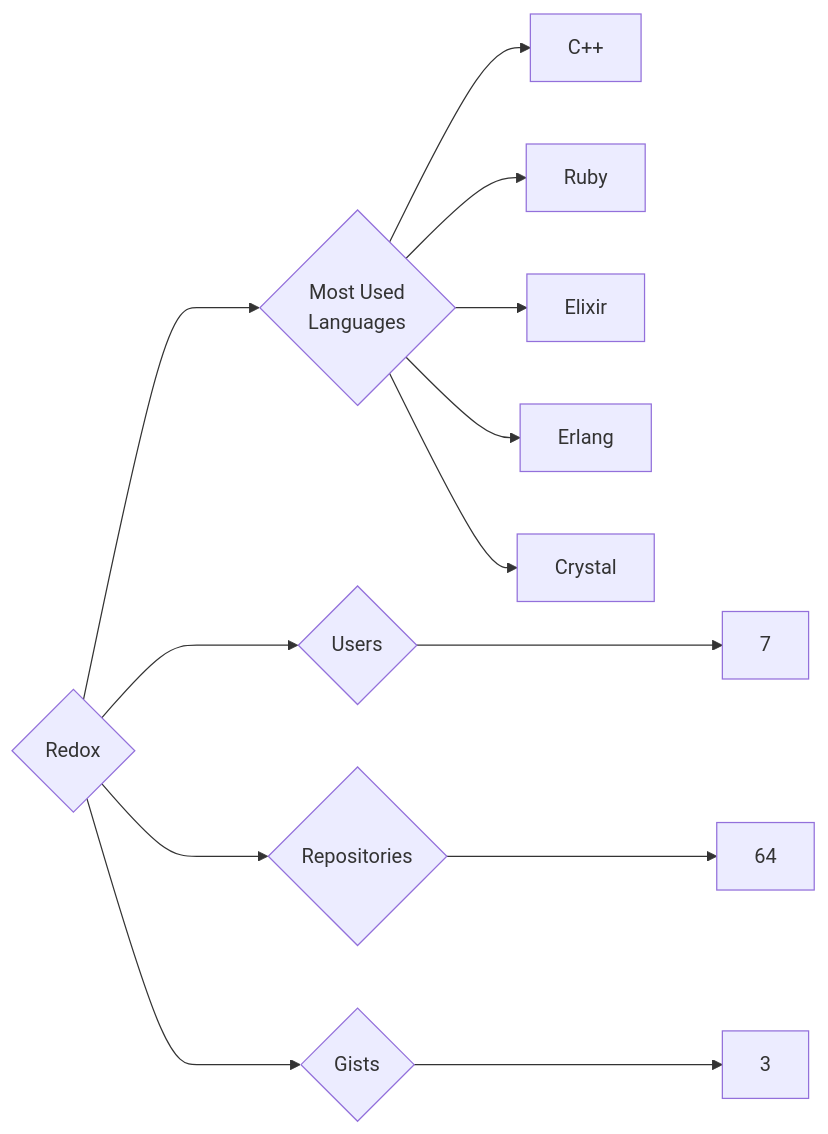
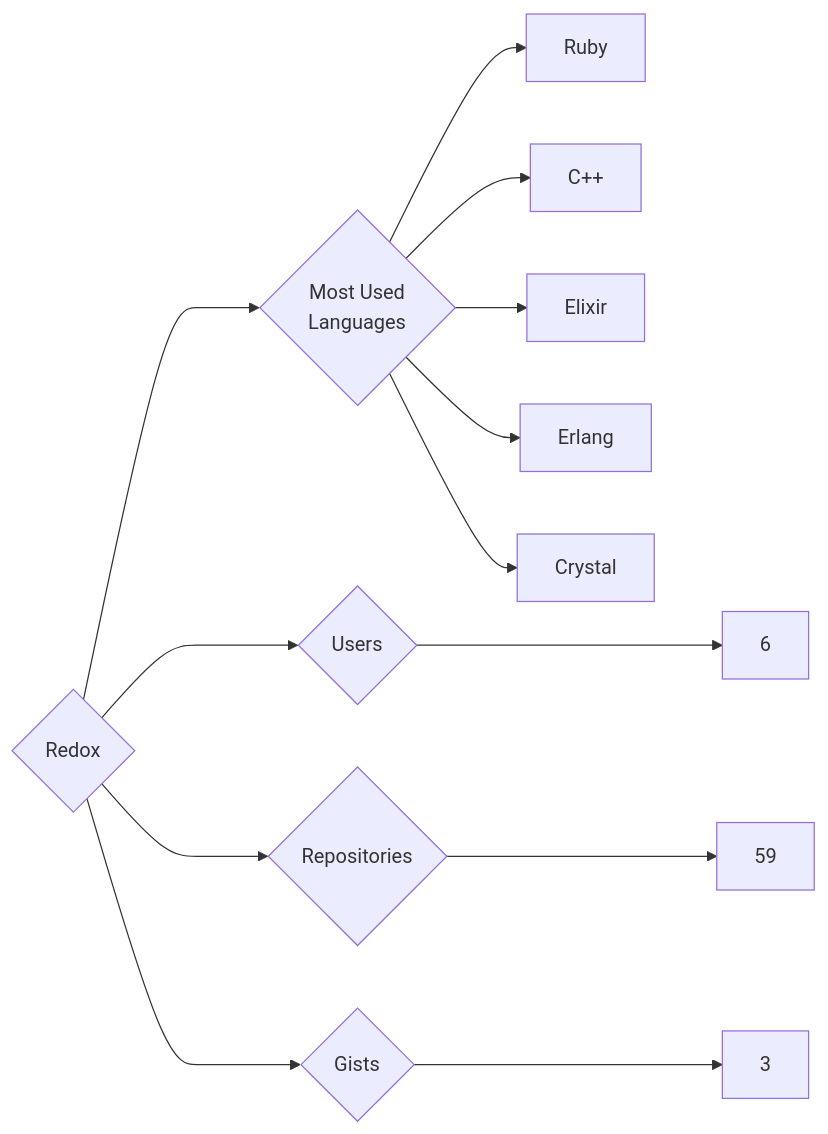
One commit to trickest/insiders changed the diagram in targets/Redox/README.md. Above: the diagram before and after it, drawn with Mermaid. The commit also changed 1484 other files, not shown here.

````diff
--- a/targets/Redox/README.md
+++ b/targets/Redox/README.md
@@ -3,13 +3,13 @@
 ```mermaid
 graph LR
 COMPANY_NAME{Redox}
-COMPANY_NAME ---> U{Users} ---> UN[7]
-COMPANY_NAME ---> R{Repositories} ---> RN[64]
+COMPANY_NAME ---> U{Users} ---> UN[6]
+COMPANY_NAME ---> R{Repositories} ---> RN[59]
 COMPANY_NAME ---> G{Gists} ---> GN[3]
 COMPANY_NAME ---> ML{Most Used<br>Languages}
+ML --> Ruby[Ruby]
 ML --> C++[C++]
-ML --> Ruby[Ruby]
 ML --> Elixir[Elixir]
 ML --> Erlang[Erlang]
 ML --> Crystal[Crystal]
 ```
````
